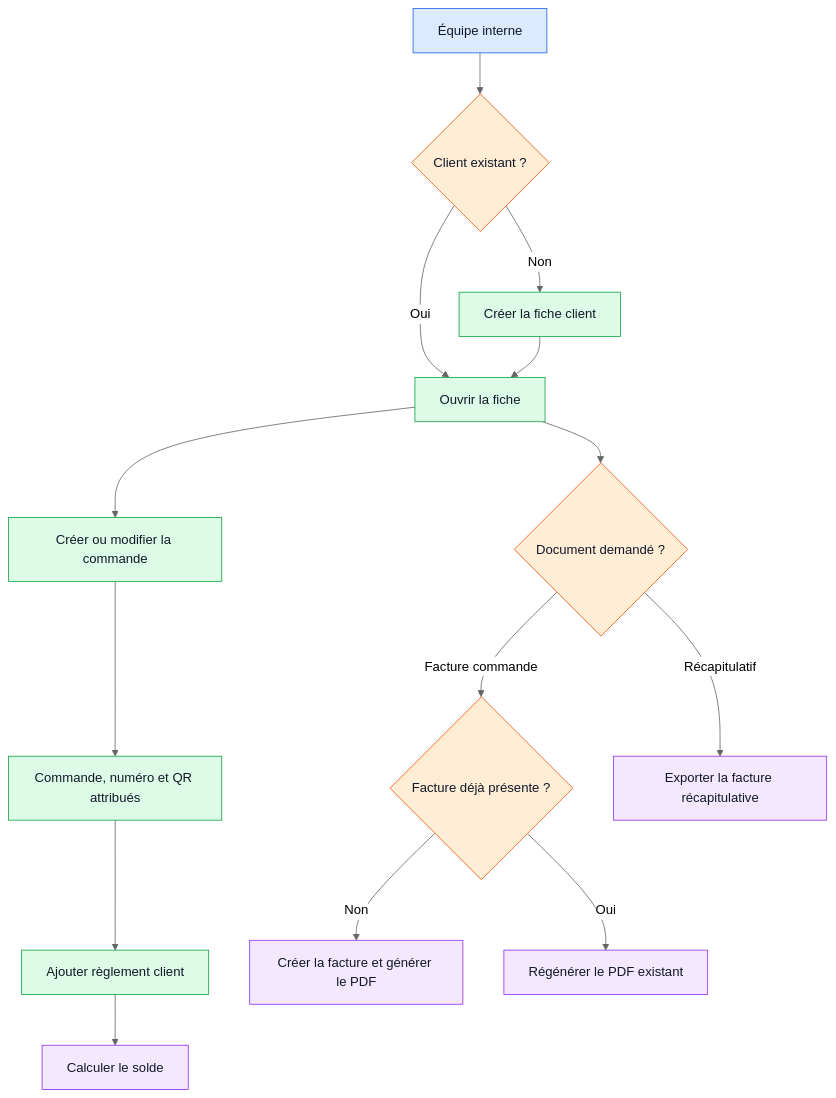
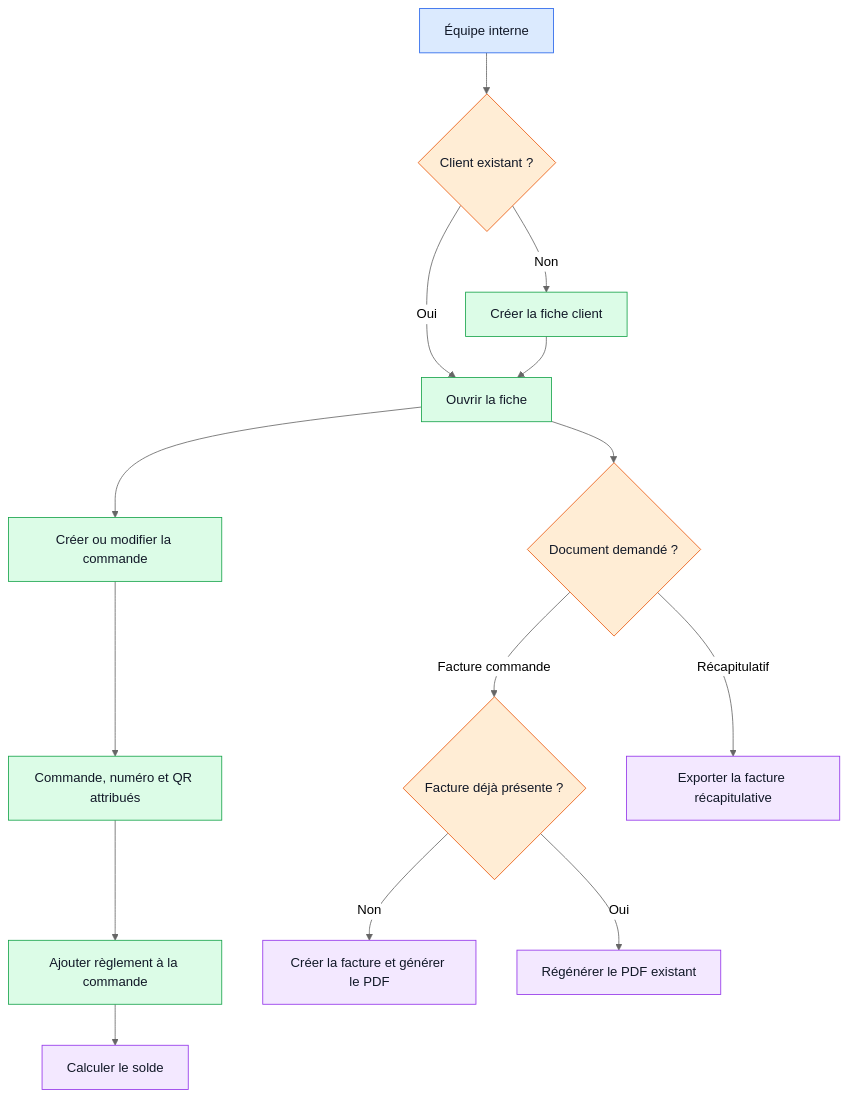
The second of 2 diagrams in docs/workflows/02-client-commande-reglement.md (LordVERTON/danemo-website), drawn with Mermaid (neutral theme) before and after one commit. The commit also changed other lines of this file and 7 other files, not shown here.

````diff
--- a/docs/workflows/02-client-commande-reglement.md
+++ b/docs/workflows/02-client-commande-reglement.md
@@ -80,25 +80,25 @@
 ```mermaid
 flowchart TD
   A[Équipe interne] --> B{Client existant ?}
   B -- Non --> C[Créer la fiche client]
   B -- Oui --> D[Ouvrir la fiche]
   C --> D
   D --> E[Créer ou modifier la commande]
   E --> F[Commande, numéro et QR attribués]
-  F --> G[Ajouter règlement client]
+  F --> G[Ajouter règlement à la commande]
   G --> H[Calculer le solde]
   D --> I{Document demandé ?}
   I -- Facture commande --> J{Facture déjà présente ?}
   J -- Non --> K[Créer la facture et générer le PDF]
   J -- Oui --> L[Régénérer le PDF existant]
   I -- Récapitulatif --> M[Exporter la facture récapitulative]
 
   classDef actor fill:#dbeafe,stroke:#2563eb,color:#111827;
   classDef control fill:#ffedd5,stroke:#ea580c,color:#111827;
   classDef action fill:#dcfce7,stroke:#16a34a,color:#111827;
   classDef result fill:#f3e8ff,stroke:#9333ea,color:#111827;
   class A actor;
   class B,I,J control;
   class C,D,E,F,G action;
   class H,K,L,M result;
 ```
````
